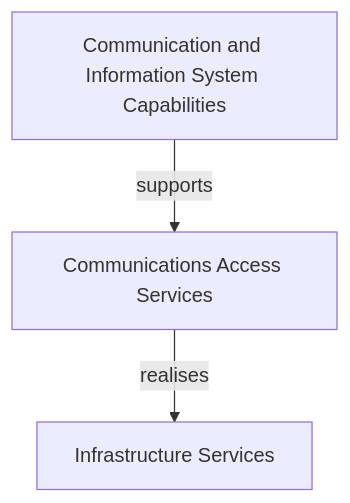
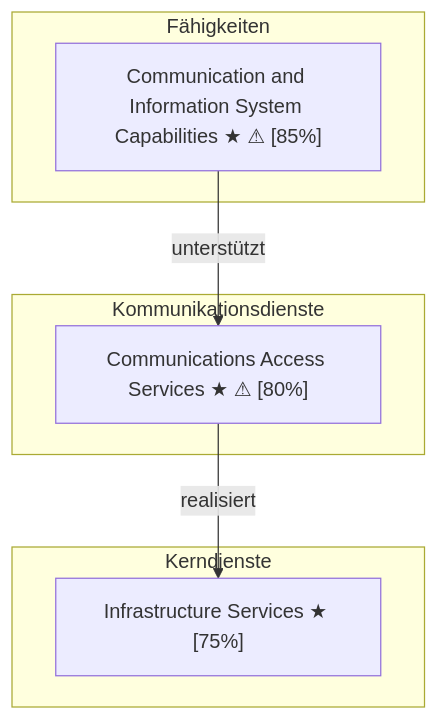
The diagram in docs/de/EXAMPLES.md (carstenartur/Taxonomy), drawn with Mermaid before and after one commit. The commit also changed other lines of this file and 11 other files, not shown here.

First line of the commit message:
Internationalize Mermaid export: add MermaidLabels, localized layer/relation labels, hotspot markers, update README showcase and docs

````diff
--- a/docs/de/EXAMPLES.md
+++ b/docs/de/EXAMPLES.md
@@ -328,8 +328,14 @@
 ```mermaid
 graph TD
-    CP-1023["Communication and Information System Capabilities"]
-    CO-1011["Communications Access Services"]
-    CR-1047["Infrastructure Services"]
-    CP-1023 -->|supports| CO-1011
-    CO-1011 -->|realises| CR-1047
+    subgraph Faehigkeiten["Fähigkeiten"]
+        CP_1023["Communication and Information System Capabilities ★ ⚠ [85%]"]
+    end
+    subgraph Kommunikationsdienste["Kommunikationsdienste"]
+        CO_1011["Communications Access Services ★ ⚠ [80%]"]
+    end
+    subgraph Kerndienste["Kerndienste"]
+        CR_1047["Infrastructure Services ★ [75%]"]
+    end
+    CP_1023 -->|unterstützt| CO_1011
+    CO_1011 -->|realisiert| CR_1047
 ```
````
